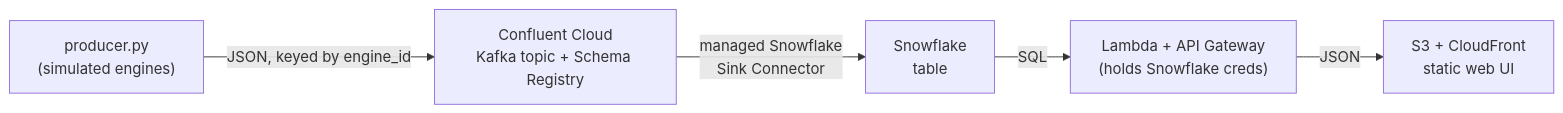
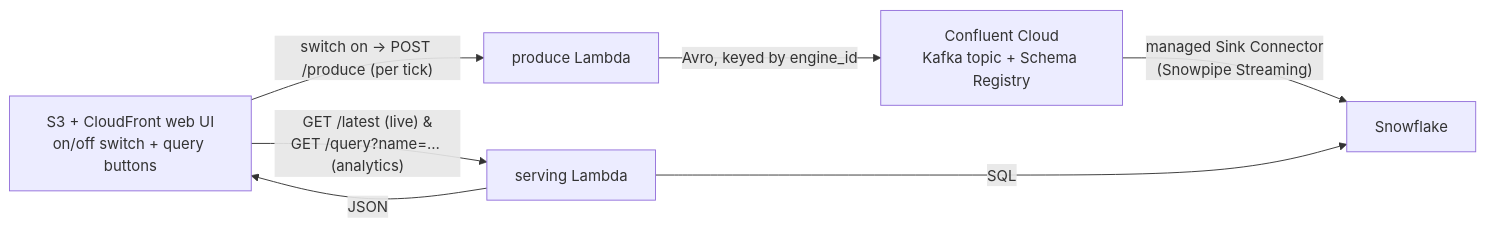
One commit to alexanderaboutanos/thomas-the-tank changed the diagram in README.md. Above: the diagram before and after it, drawn with Mermaid. The commit also changed other lines of this file, not shown here.

First line of the commit message:
Rework step 6+ plan: Snowflake-backed live view, mandatory Snowpipe Streaming

````diff
--- a/README.md
+++ b/README.md
@@ -14,7 +20,10 @@
 ```mermaid
 flowchart LR
-    P["producer.py<br/>(simulated engines)"] -->|JSON, keyed by engine_id| K["Confluent Cloud<br/>Kafka topic + Schema Registry"]
-    K -->|managed Snowflake<br/>Sink Connector| S["Snowflake<br/>table"]
-    S -->|SQL| L["Lambda + API Gateway<br/>(holds Snowflake creds)"]
-    L -->|JSON| W["S3 + CloudFront<br/>static web UI"]
+    W["S3 + CloudFront web UI<br/>on/off switch + query buttons"]
+    W -->|"switch on → POST /produce (per tick)"| PR["produce Lambda"]
+    PR -->|"Avro, keyed by engine_id"| K["Confluent Cloud<br/>Kafka topic + Schema Registry"]
+    K -->|"managed Sink Connector<br/>(Snowpipe Streaming)"| S["Snowflake"]
+    W -->|"GET /latest (live) &<br/>GET /query?name=… (analytics)"| L["serving Lambda"]
+    L -->|SQL| S
+    L -->|JSON| W
 ```
````
